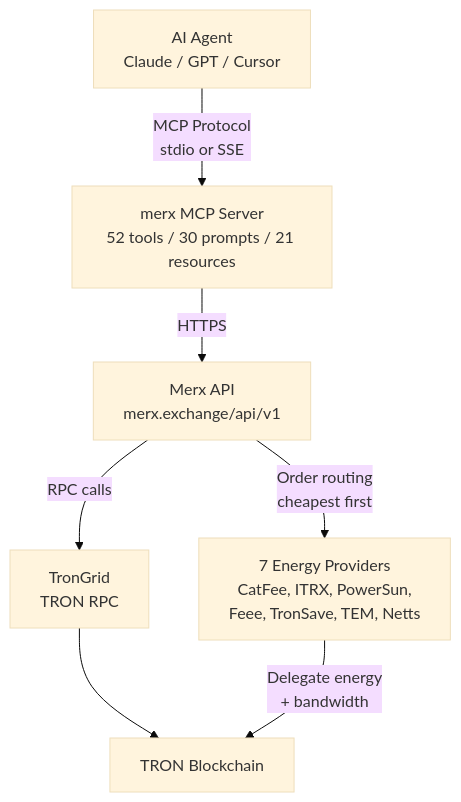
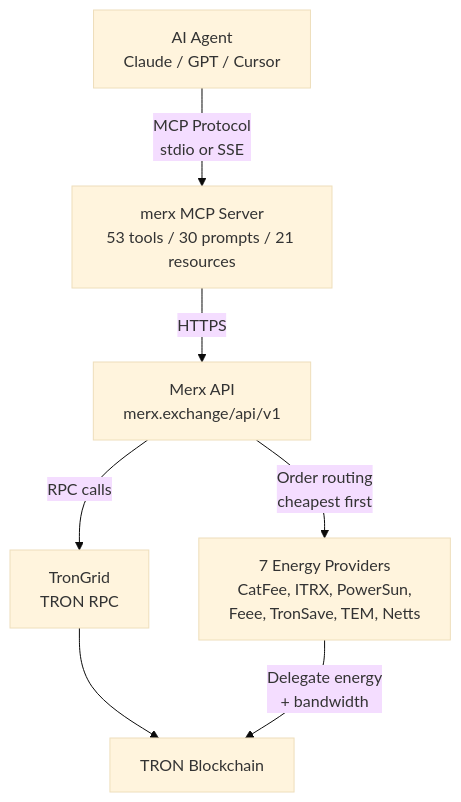
The first of 3 diagrams in docs/ARCHITECTURE.md (nicosmall503/merx-mcp), drawn with Mermaid (base theme) before and after one commit. The commit also changed other lines of this file and 7 other files, not shown here.

````diff
--- a/docs/ARCHITECTURE.md
+++ b/docs/ARCHITECTURE.md
@@ -10,16 +10,16 @@
 ```mermaid
 graph TB
     Agent[AI Agent<br>Claude / GPT / Cursor]
-    MCP[merx MCP Server<br>52 tools / 30 prompts / 21 resources]
+    MCP[merx MCP Server<br>53 tools / 30 prompts / 21 resources]
     API[Merx API<br>merx.exchange/api/v1]
     TG[TronGrid<br>TRON RPC]
     Providers[7 Energy Providers<br>CatFee, ITRX, PowerSun,<br>Feee, TronSave, TEM, Netts]
     TRON[TRON Blockchain]
 
     Agent -->|MCP Protocol<br>stdio or SSE| MCP
     MCP -->|HTTPS| API
     API -->|RPC calls| TG
     API -->|Order routing<br>cheapest first| Providers
     TG --> TRON
     Providers -->|Delegate energy<br>+ bandwidth| TRON
 ```
````
